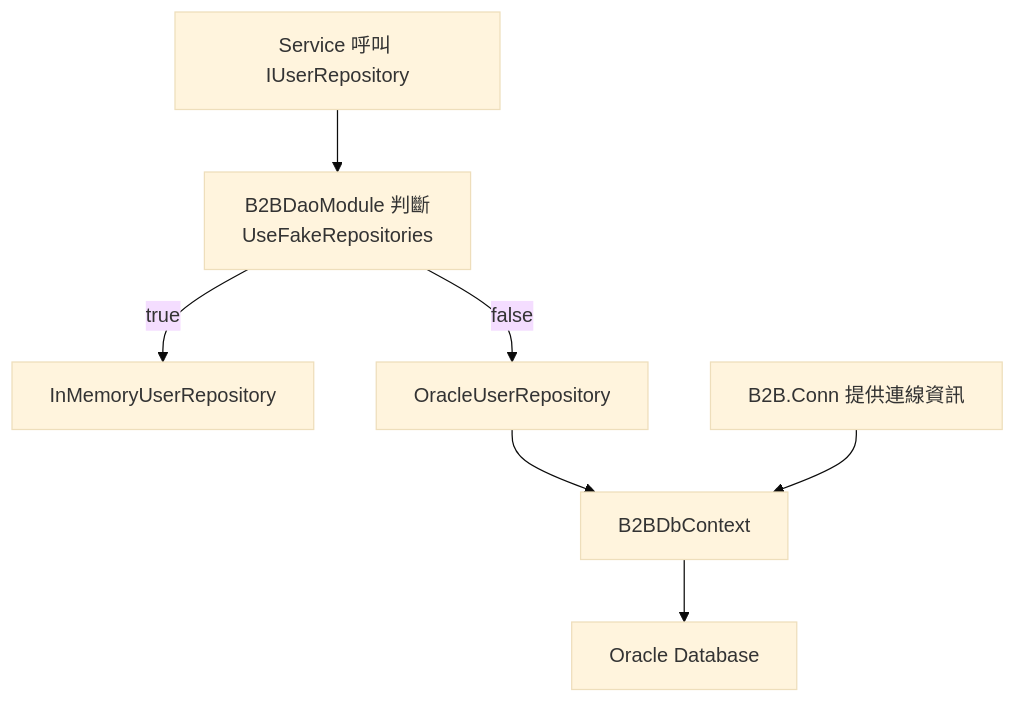
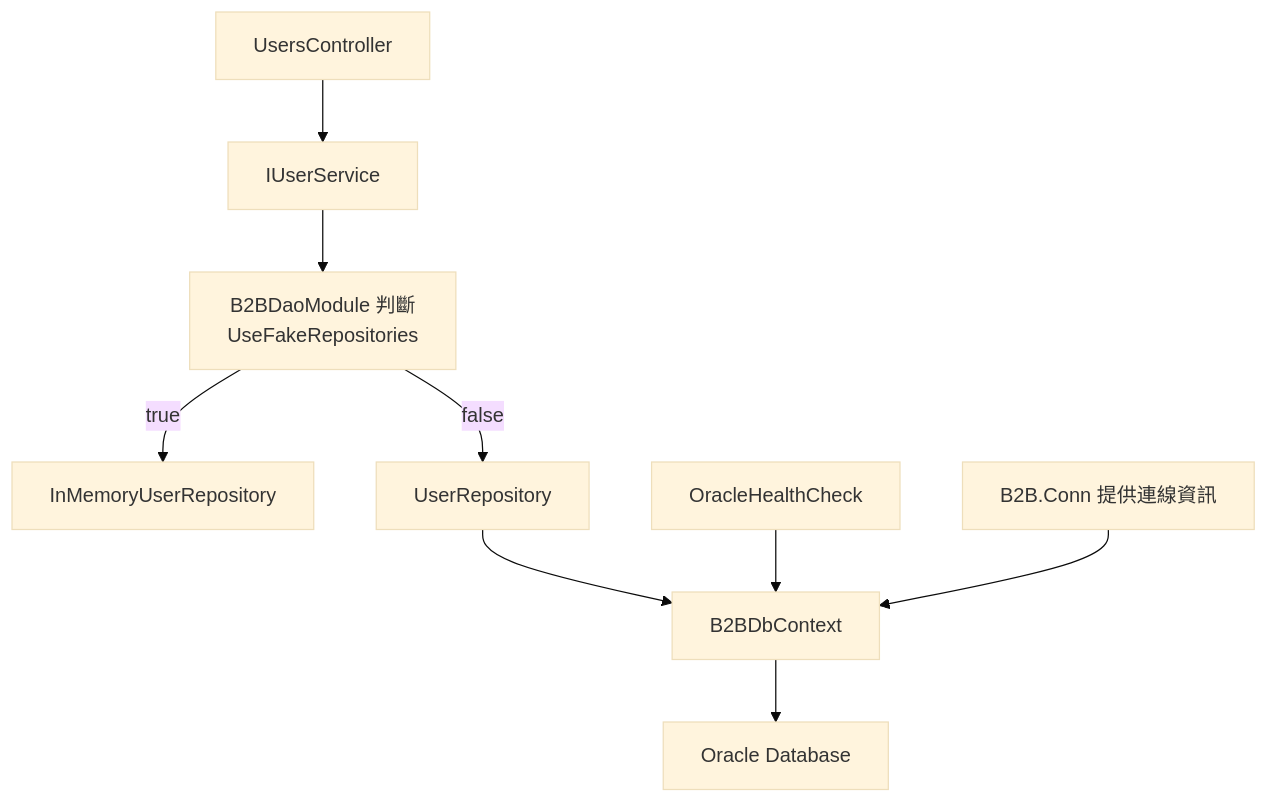
Before and after one commit to rexmax1018/B2B_API: diagram 11 of 20 in README.md, drawn with Mermaid (base theme). The commit also changed other lines of this file and 44 other files, not shown here.

Commit message:
Add entry credential authentication and user query API

````diff
--- a/README.md
+++ b/README.md
@@ -420,17 +418,19 @@
 ```mermaid
 flowchart TD
-    RequestRepo["Service 呼叫 IUserRepository"]
+    UserApi["UsersController"]
+    UserService["IUserService"]
     RepoSwitch["B2BDaoModule 判斷<br/>UseFakeRepositories"]
     Fake["InMemoryUserRepository"]
-    OracleRepo["OracleUserRepository"]
+    OracleRepo["UserRepository"]
+    Health["OracleHealthCheck"]
     DbContext["B2BDbContext"]
     ConnInfo["B2B.Conn 提供連線資訊"]
     OracleDb["Oracle Database"]
 
-    RequestRepo --> RepoSwitch
+    UserApi --> UserService --> RepoSwitch
     RepoSwitch -->|true| Fake
-    RepoSwitch -->|false| OracleRepo
-    OracleRepo --> DbContext
+    RepoSwitch -->|false| OracleRepo --> DbContext
+    Health --> DbContext
     ConnInfo --> DbContext
     DbContext --> OracleDb
 ```
````
